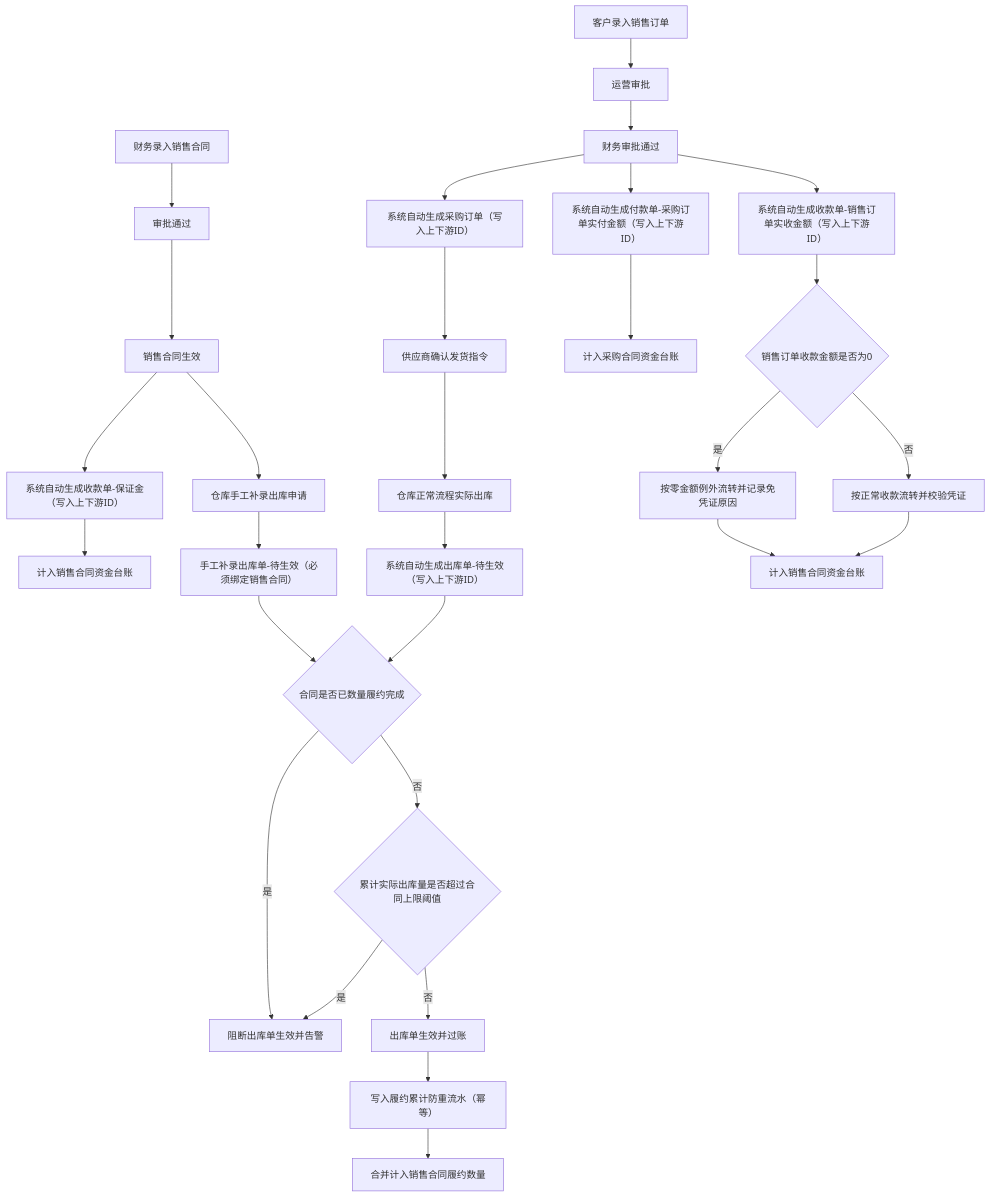
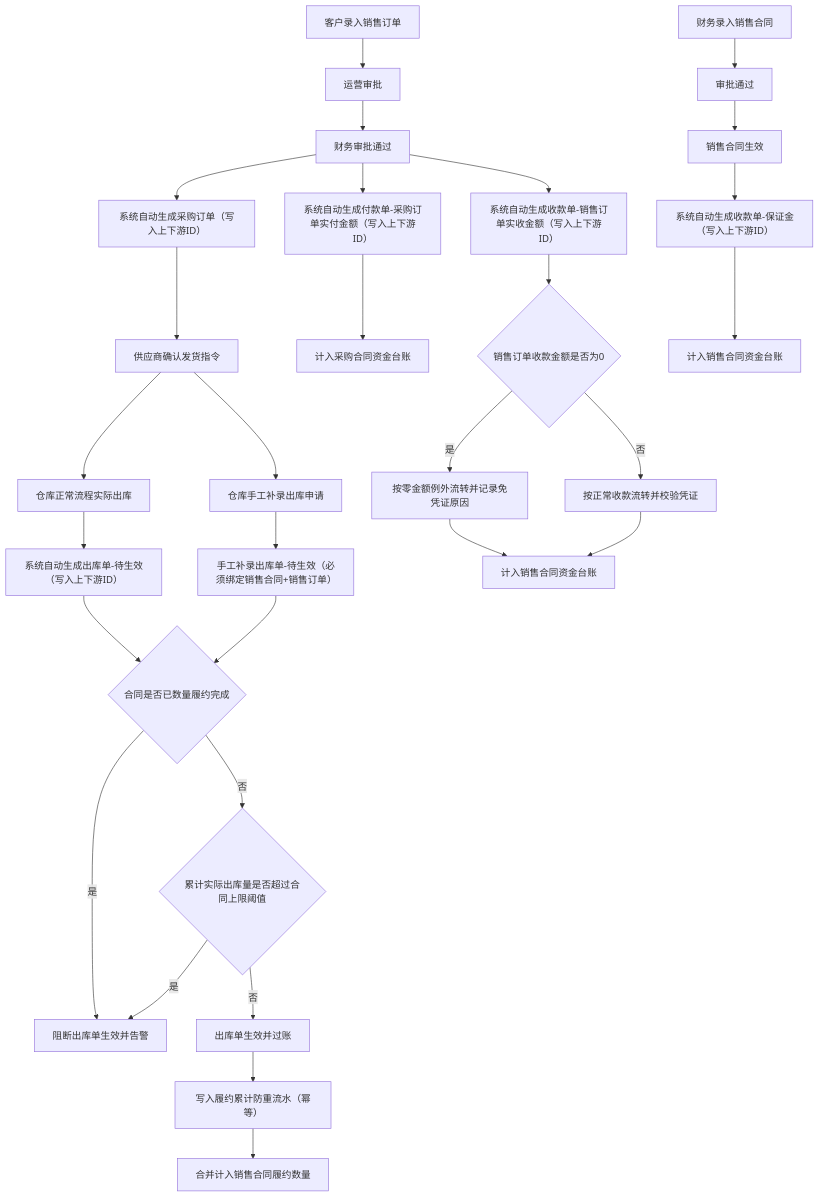
One commit to nancyxjp2019/jgport-supply changed the second of 12 diagrams in docs/V6阶段A-流程图状态机与UI原型清单.md. Above: the diagram before and after it, drawn with Mermaid. The commit also changed other lines of this file and 21 other files, not shown here.

````diff
--- a/docs/V6阶段A-流程图状态机与UI原型清单.md
+++ b/docs/V6阶段A-流程图状态机与UI原型清单.md
@@ -35,31 +35,31 @@
 ```mermaid
 flowchart TD
     A[财务录入销售合同] --> B[审批通过]
     B --> C[销售合同生效]
     C --> D[系统自动生成收款单-保证金（写入上下游ID）]
-    C --> N1[仓库手工补录出库申请]
     E[客户录入销售订单] --> F[运营审批]
     F --> G[财务审批通过]
     G --> H[系统自动生成采购订单（写入上下游ID）]
     G --> I[系统自动生成付款单-采购订单实付金额（写入上下游ID）]
     G --> J[系统自动生成收款单-销售订单实收金额（写入上下游ID）]
     H --> K[供应商确认发货指令]
     K --> L1[仓库正常流程实际出库]
     L1 --> M1[系统自动生成出库单-待生效（写入上下游ID）]
-    N1 --> M2[手工补录出库单-待生效（必须绑定销售合同）]
+    K --> N1[仓库手工补录出库申请]
+    N1 --> M2[手工补录出库单-待生效（必须绑定销售合同+销售订单）]
     M1 --> U0{合同是否已数量履约完成}
     M2 --> U0
     U0 -->|是| V[阻断出库单生效并告警]
     U0 -->|否| U{累计实际出库量是否超过合同上限阈值}
     U -->|是| V
     U -->|否| W[出库单生效并过账]
     W --> W1[写入履约累计防重流水（幂等）]
     W1 --> N[合并计入销售合同履约数量]
     J --> R{销售订单收款金额是否为0}
     R -->|是| S[按零金额例外流转并记录免凭证原因]
     R -->|否| T[按正常收款流转并校验凭证]
     D --> O[计入销售合同资金台账]
     I --> P[计入采购合同资金台账]
     S --> Q[计入销售合同资金台账]
     T --> Q[计入销售合同资金台账]
 ```
````
